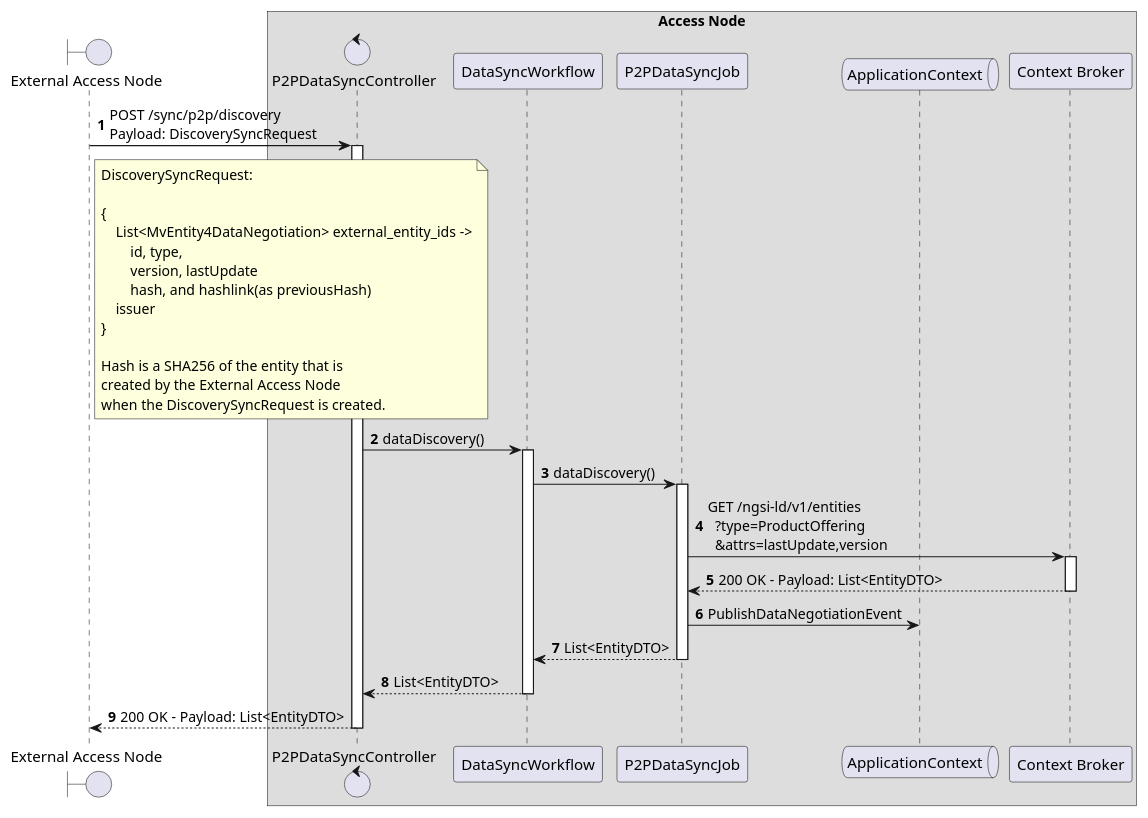
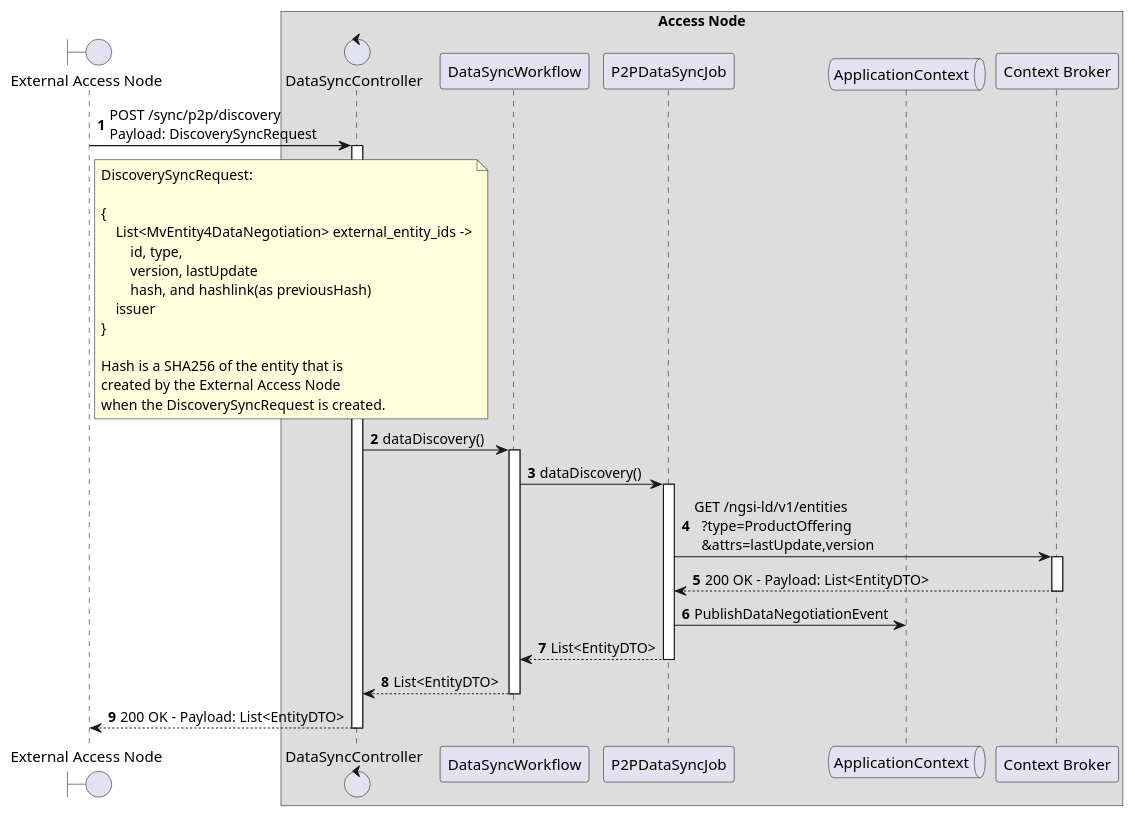
The diagram in desmos-tech-doc/diagrams/p2p-sync-discovery-local.puml (in2workspace/in2-guides), drawn with PlantUML before and after one commit. The commit also changed 5 other files, not shown here.

Commit message:
fix(data-syncronization): change p2p data sync controller to data sync controller

```diff
--- a/desmos-tech-doc/diagrams/p2p-sync-discovery-local.puml
+++ b/desmos-tech-doc/diagrams/p2p-sync-discovery-local.puml
@@ -1,51 +1,51 @@
 @startuml
 'https://plantuml.com/sequence-diagram
 
 '---------- Config ----------------
 
 autonumber
 
 '---------- Header ----------------
 
 boundary "External Access Node" as ean
 
 box "Access Node"
 
-  control "P2PDataSyncController" as p2pController
+  control "DataSyncController" as data_sync_Controller
   participant "DataSyncWorkflow" as p2p_data_sync_workflow
   participant "P2PDataSyncJob" as p2p_data_sync_job
   queue "ApplicationContext" as ac
   participant "Context Broker" as cb
 
 end box
 
 '---------- Diagram ----------------
 
-ean -> p2pController++: POST /sync/p2p/discovery \nPayload: DiscoverySyncRequest
+ean -> data_sync_Controller++: POST /sync/p2p/discovery \nPayload: DiscoverySyncRequest
 
 note right of ean
     DiscoverySyncRequest:
 
     {
         List<MvEntity4DataNegotiation> external_entity_ids ->
             id, type,
             version, lastUpdate
             hash, and hashlink(as previousHash)
         issuer
     }
 
     Hash is a SHA256 of the entity that is
     created by the External Access Node
     when the DiscoverySyncRequest is created.
 end note
 
-    p2pController -> p2p_data_sync_workflow++: dataDiscovery()
+    data_sync_Controller -> p2p_data_sync_workflow++: dataDiscovery()
         p2p_data_sync_workflow -> p2p_data_sync_job++: dataDiscovery()
             p2p_data_sync_job -> cb++: GET /ngsi-ld/v1/entities\n  ?type=ProductOffering\n  &attrs=lastUpdate,version
             return 200 OK - Payload: List<EntityDTO>
             p2p_data_sync_job -> ac: PublishDataNegotiationEvent
         return List<EntityDTO>
     return List<EntityDTO>
 return 200 OK - Payload: List<EntityDTO>
 
 @enduml
```
